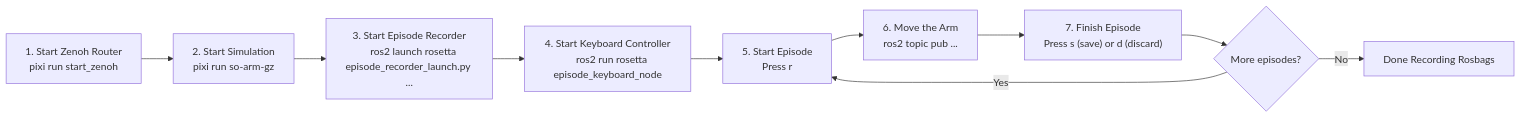
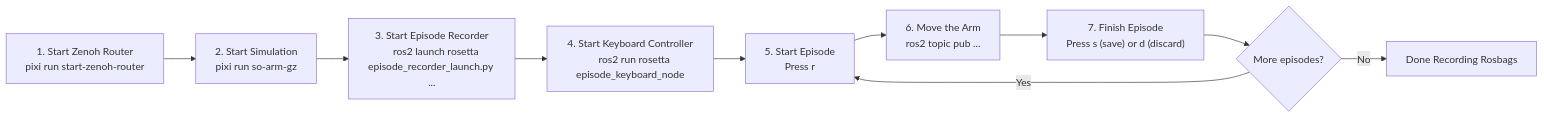
One commit to ros-physical-ai/demos changed the diagram in pai_data_collection/README.md. Above: the diagram before and after it, drawn with Mermaid. The commit also changed other lines of this file and 8 other files, not shown here.

Commit message:
Replace start_zenoh with start-zenoh-router

````diff
--- a/pai_data_collection/README.md
+++ b/pai_data_collection/README.md
@@ -94,20 +94,20 @@
 ```mermaid
 flowchart LR
     A["1. Start Zenoh Router
-    pixi run start_zenoh"] --> B["2. Start Simulation
+    pixi run start-zenoh-router"] --> B["2. Start Simulation
     pixi run so-arm-gz"]
     B --> C["3. Start Episode Recorder
     ros2 launch rosetta episode_recorder_launch.py ..."]
     C --> D["4. Start Keyboard Controller
     ros2 run rosetta episode_keyboard_node"]
     D --> E["5. Start Episode
     Press r"]
     E --> F["6. Move the Arm
     ros2 topic pub ..."]
     F --> G["7. Finish Episode
     Press s (save) or d (discard)"]
     G --> H{More episodes?}
     H -- Yes --> E
     H -- No --> I["Done Recording Rosbags"]
 
 ```
````
